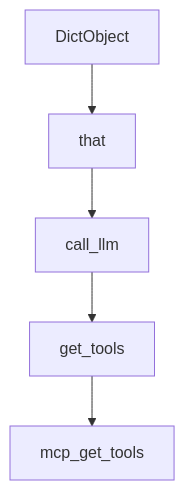
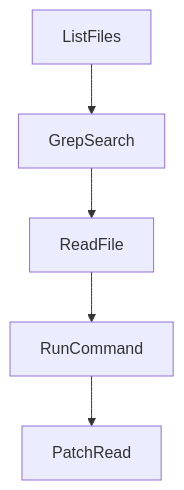
Before and after one commit to johnxie/awesome-code-docs: the diagram in tutorials/pocketflow-tutorial/06-streaming-hitl-and-interrupts.md, drawn with Mermaid. The commit also changed other lines of this file and 1232 other files, not shown here.

````diff
--- a/tutorials/pocketflow-tutorial/06-streaming-hitl-and-interrupts.md
+++ b/tutorials/pocketflow-tutorial/06-streaming-hitl-and-interrupts.md
@@ -201,12 +199,12 @@
 ```mermaid
 flowchart TD
-    A[DictObject]
-    B[that]
-    C[call_llm]
-    D[get_tools]
-    E[mcp_get_tools]
+    A[ListFiles]
+    B[GrepSearch]
+    C[ReadFile]
+    D[RunCommand]
+    E[PatchRead]
     A --> B
     B --> C
     C --> D
     D --> E
 ```
````
